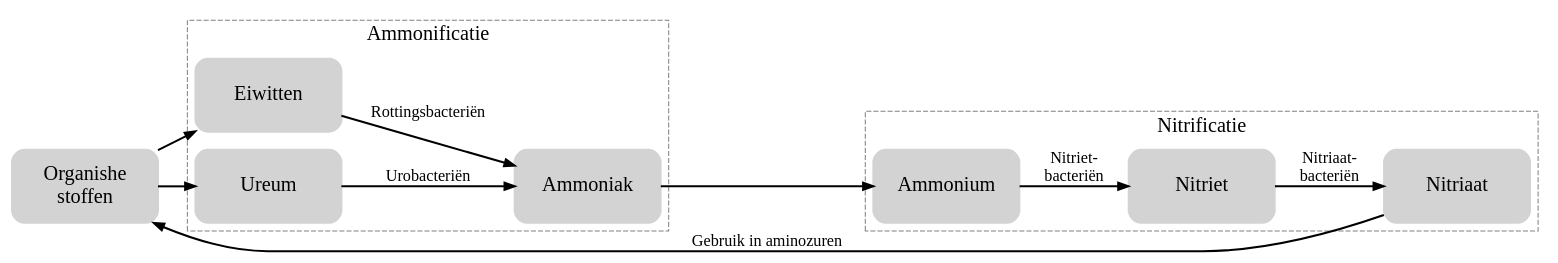
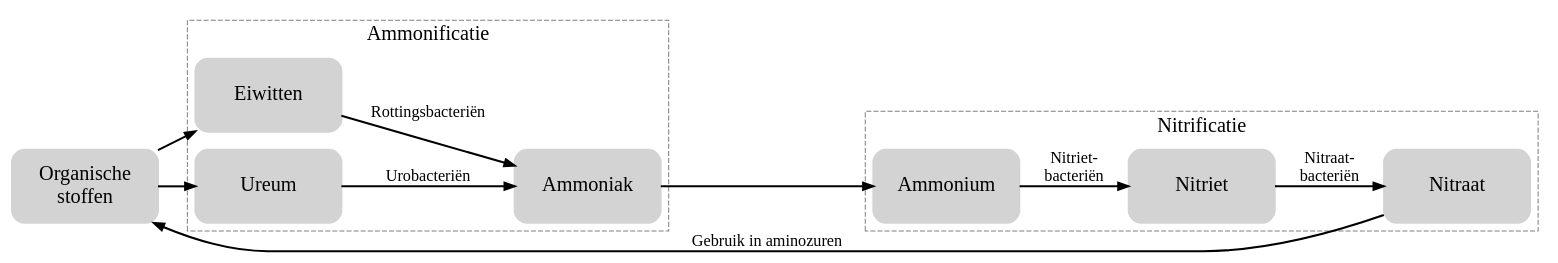
One commit to Gijs6/school.gijs6.nl changed the diagram in 4VWO/TW4/images/additional/biol_h8_stikstof.dot. Above: the diagram before and after it, drawn with Graphviz. The commit also changed 1 other file, not shown here.

```diff
--- a/4VWO/TW4/images/additional/biol_h8_stikstof.dot
+++ b/4VWO/TW4/images/additional/biol_h8_stikstof.dot
@@ -1,53 +1,53 @@
 digraph stikstofkringloop {
     rankdir=LR;
 
     node [shape=rect, style="rounded,filled", color=lightgrey, fontname="Ubuntu",
           fontcolor=black, penwidth=2, fixedsize=false, width=2, height=1, 
           fontsize=20];
 
     edge [penwidth=2, fontname="Ubuntu", fontsize=16, fontcolor=black];
 
-    Organish [label="Organishe\nstoffen"];
+    Organisch [label="Organische\nstoffen"];
     Eiwitten [label="Eiwitten"];
     Ureum [label="Ureum"];
 
-    Organish -> Eiwitten;
-    Organish -> Ureum;
+    Organisch -> Eiwitten;
+    Organisch -> Ureum;
 
     Ammoniak [label="Ammoniak"];
 
     Eiwitten -> Ammoniak [label="Rottingsbacteriën", labelfontcolor=black, fontsize=16, fontname="Ubuntu", labeldistance=3, labelangle=60];
     Ureum -> Ammoniak [label="Urobacteriën", labelfontcolor=black, fontsize=16, fontname="Ubuntu", labeldistance=3, labelangle=60];
 
     Ammonium [label="Ammonium"];
 
     Ammoniak -> Ammonium;
 
     Nitriet [label="Nitriet"];
-    Nitraat [label="Nitriaat"];
+    Nitraat [label="Nitraat"];
 
     Ammonium -> Nitriet [label="Nitriet-\nbacteriën", labelfontcolor=black, fontsize=16, fontname="Ubuntu", labeldistance=3, labelangle=60];
-    Nitriet -> Nitraat [label="Nitriaat-\nbacteriën", labelfontcolor=black, fontsize=16, fontname="Ubuntu", labeldistance=3, labelangle=60];
+    Nitriet -> Nitraat [label="Nitraat-\nbacteriën", labelfontcolor=black, fontsize=16, fontname="Ubuntu", labeldistance=3, labelangle=60];
 
-    Nitraat -> Organish [label="Gebruik in aminozuren", labelfontcolor=black, fontsize=16, fontname="Ubuntu", labeldistance=3, labelangle=60];
+    Nitraat -> Organisch [label="Gebruik in aminozuren", labelfontcolor=black, fontsize=16, fontname="Ubuntu", labeldistance=3, labelangle=60];
 
     subgraph cluster_ammonificatie {
         label="Ammonificatie";
         style=dashed;
         color=gray;
         graph [fontname="Ubuntu", fontsize=20, fontcolor=black];
         Ammoniak;
         Ureum;
         Eiwitten;
     }
 
     subgraph cluster_nitrificatie {
         label="Nitrificatie";
         style=dashed;
         color=gray;
         graph [fontname="Ubuntu", fontsize=20, fontcolor=black];
         Ammonium;
         Nitriet;
         Nitraat;
     }
 }
```
